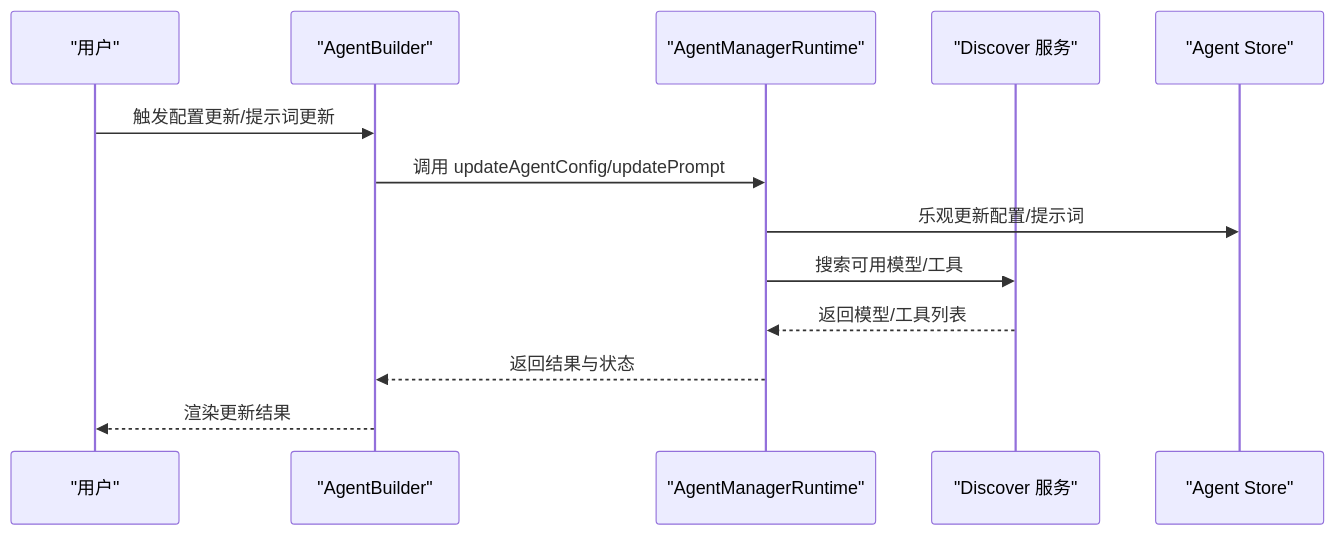
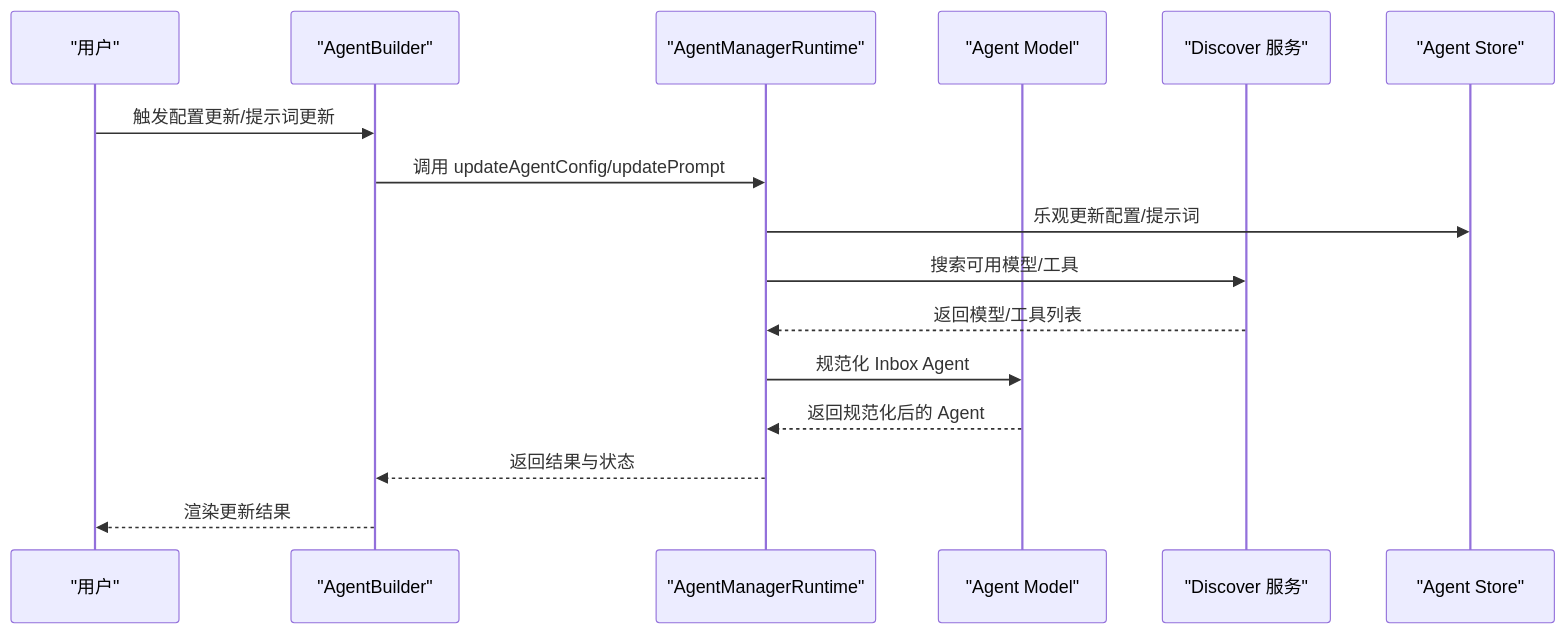
Before and after one commit to AvatoLabs/avato: the second of 10 diagrams in .qoder/repowiki/zh/content/核心功能模块/Agent 管理系统.md, drawn with Mermaid. The commit also changed other lines of this file and 158 other files, not shown here.

````diff
--- a/.qoder/repowiki/zh/content/核心功能模块/Agent 管理系统.md
+++ b/.qoder/repowiki/zh/content/核心功能模块/Agent 管理系统.md
@@ -115,15 +148,18 @@
 ```mermaid
 sequenceDiagram
 participant U as "用户"
 participant AB as "AgentBuilder"
 participant AMR as "AgentManagerRuntime"
+participant AGENT_MODEL as "Agent Model"
 participant DIS as "Discover 服务"
 participant ST as "Agent Store"
 U->>AB : 触发配置更新/提示词更新
 AB->>AMR : 调用 updateAgentConfig/updatePrompt
 AMR->>ST : 乐观更新配置/提示词
 AMR->>DIS : 搜索可用模型/工具
 DIS-->>AMR : 返回模型/工具列表
+AMR->>AGENT_MODEL : 规范化 Inbox Agent
+AGENT_MODEL-->>AMR : 返回规范化后的 Agent
 AMR-->>AB : 返回结果与状态
 AB-->>U : 渲染更新结果
 ```
````
